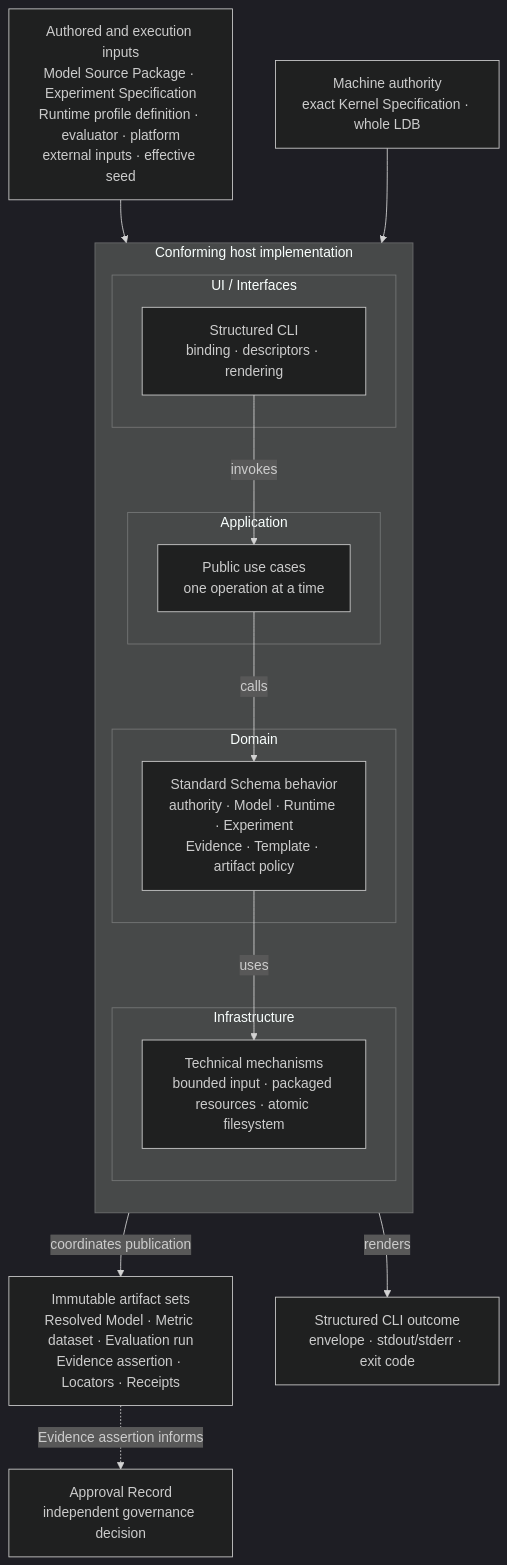
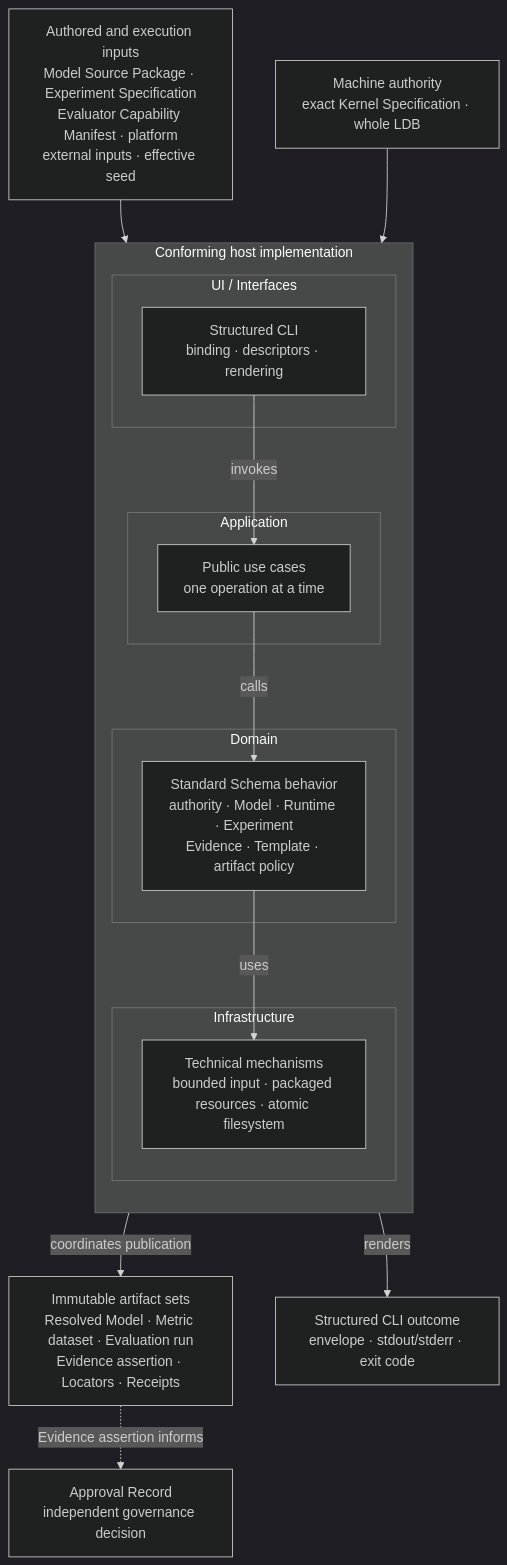
Before and after one commit to aigengame/godot-agent: the third of 4 diagrams in libs/gda-balancing/docs/ARCHITECTURE.md, drawn with Mermaid (dark theme). The commit also changed other lines of this file, not shown here.

First line of the commit message:
docs(gda-balancing): align architecture terminology

````diff
--- a/libs/gda-balancing/docs/ARCHITECTURE.md
+++ b/libs/gda-balancing/docs/ARCHITECTURE.md
@@ -245,35 +245,35 @@
 ```mermaid
 flowchart TB
-    H["Authored and execution inputs<br/>Model Source Package · Experiment Specification<br/>Runtime profile definition · evaluator · platform<br/>external inputs · effective seed"]
+    H["Authored and execution inputs<br/>Model Source Package · Experiment Specification<br/>Evaluator Capability Manifest · platform<br/>external inputs · effective seed"]
     M["Machine authority<br/>exact Kernel Specification · whole LDB"]
 
     subgraph HOST["Conforming host implementation"]
         direction TB
         subgraph UI["UI / Interfaces"]
             U["Structured CLI<br/>binding · descriptors · rendering"]
         end
         subgraph APP["Application"]
             A["Public use cases<br/>one operation at a time"]
         end
         subgraph DOM["Domain"]
             D["Standard Schema behavior<br/>authority · Model · Runtime · Experiment<br/>Evidence · Template · artifact policy"]
         end
         subgraph INF["Infrastructure"]
             N["Technical mechanisms<br/>bounded input · packaged resources · atomic filesystem"]
         end
 
         U -->|invokes| A
         A -->|calls| D
         D -->|uses| N
     end
 
     P["Immutable artifact sets<br/>Resolved Model · Metric dataset · Evaluation run<br/>Evidence assertion · Locators · Receipts"]
     O["Structured CLI outcome<br/>envelope · stdout/stderr · exit code"]
     G["Approval Record<br/>independent governance decision"]
 
     H --> U
     M --> D
     A -->|coordinates publication| P
     U -->|renders| O
     P -. "Evidence assertion informs" .-> G
 ```
````
